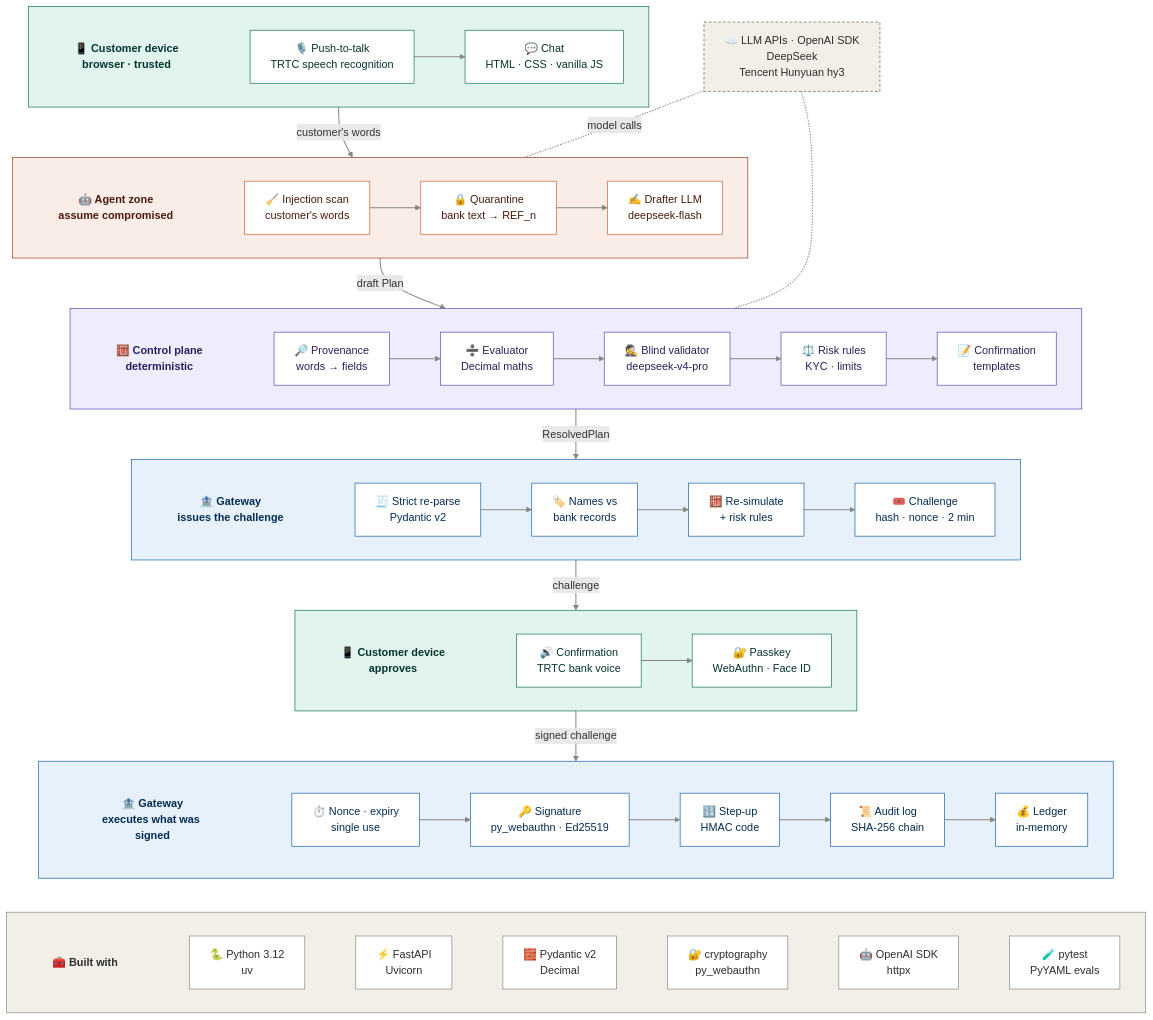
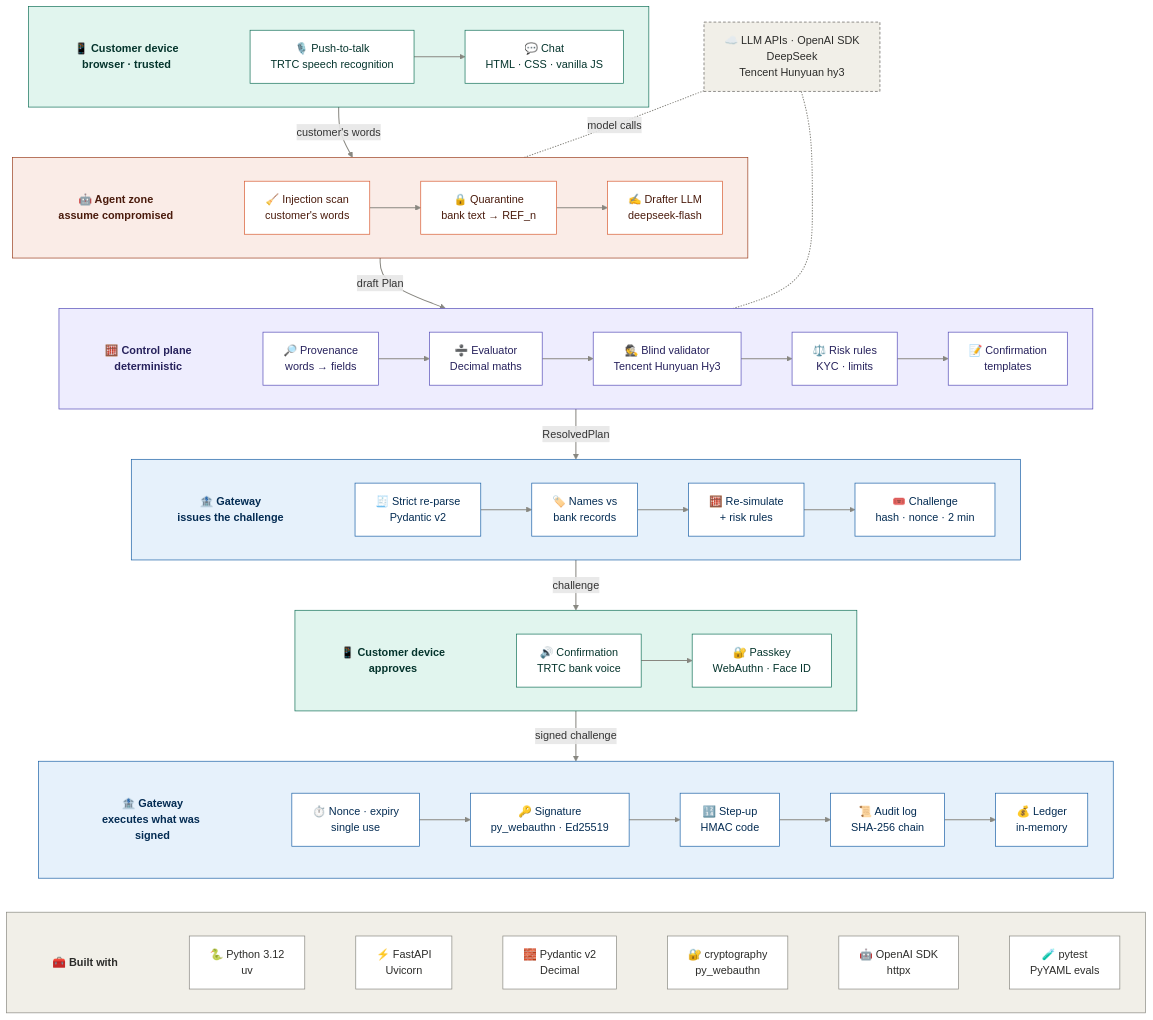
One commit to Luo-Z-Y/glass-vault changed the first of 2 diagrams in docs/ARCHITECTURE.md. Above: the diagram before and after it, drawn with Mermaid. The commit also changed other lines of this file and 14 other files, not shown here.

First line of the commit message:
Submission package: Hunyuan-validator results, cover image, description

````diff
--- a/docs/ARCHITECTURE.md
+++ b/docs/ARCHITECTURE.md
@@ -5,80 +5,80 @@
 ```mermaid
 flowchart TB
     subgraph ask[" "]
         direction LR
         h_ask["📱 Customer device<br/>browser · trusted"] ~~~ mic["🎙️ Push-to-talk<br/>TRTC speech recognition"] --> chat["💬 Chat<br/>HTML · CSS · vanilla JS"]
     end
 
     llm["☁️ LLM APIs · OpenAI SDK<br/>DeepSeek<br/>Tencent Hunyuan hy3"]
 
     subgraph agent[" "]
         direction LR
         h_agent["🤖 Agent zone<br/>assume compromised"] ~~~ scan["🧹 Injection scan<br/>customer's words"] --> quarantine["🔒 Quarantine<br/>bank text → REF_n"] --> drafter["✍️ Drafter LLM<br/>deepseek-flash"]
     end
 
     subgraph control[" "]
         direction LR
-        h_control["🧮 Control plane<br/>deterministic"] ~~~ prov["🔎 Provenance<br/>words → fields"] --> evaluator["➗ Evaluator<br/>Decimal maths"] --> validator["🕵️ Blind validator<br/>deepseek-v4-pro"] --> policy["⚖️ Risk rules<br/>KYC · limits"] --> render["📝 Confirmation<br/>templates"]
+        h_control["🧮 Control plane<br/>deterministic"] ~~~ prov["🔎 Provenance<br/>words → fields"] --> evaluator["➗ Evaluator<br/>Decimal maths"] --> validator["🕵️ Blind validator<br/>Tencent Hunyuan Hy3"] --> policy["⚖️ Risk rules<br/>KYC · limits"] --> render["📝 Confirmation<br/>templates"]
     end
 
     subgraph issue[" "]
         direction LR
         h_issue["🏦 Gateway<br/>issues the challenge"] ~~~ reparse["🧾 Strict re-parse<br/>Pydantic v2"] --> labels["🏷️ Names vs<br/>bank records"] --> simulate["🧮 Re-simulate<br/>+ risk rules"] --> challenge["🎟️ Challenge<br/>hash · nonce · 2 min"]
     end
 
     subgraph approve[" "]
         direction LR
         h_approve["📱 Customer device<br/>approves"] ~~~ screen["🔊 Confirmation<br/>TRTC bank voice"] --> passkey["🔐 Passkey<br/>WebAuthn · Face ID"]
     end
 
     subgraph execute[" "]
         direction LR
         h_execute["🏦 Gateway<br/>executes what was signed"] ~~~ once["⏱️ Nonce · expiry<br/>single use"] --> verify["🔑 Signature<br/>py_webauthn · Ed25519"] --> stepup["🔢 Step-up<br/>HMAC code"] --> audit["📜 Audit log<br/>SHA-256 chain"] --> ledger["💰 Ledger<br/>in-memory"]
     end
 
     subgraph stack[" "]
         direction LR
         h_stack["🧰 Built with"] ~~~ py["🐍 Python 3.12<br/>uv"] ~~~ api["⚡ FastAPI<br/>Uvicorn"] ~~~ pyd["🧱 Pydantic v2<br/>Decimal"] ~~~ sec["🔐 cryptography<br/>py_webauthn"] ~~~ sdk["🤖 OpenAI SDK<br/>httpx"] ~~~ qa["🧪 pytest<br/>PyYAML evals"]
     end
 
     ask -->|"customer's words"| agent
     llm -.-|"model calls"| agent
     llm -.- control
     agent -->|"draft Plan"| control
     control -->|"ResolvedPlan"| issue
     issue -->|"challenge"| approve
     approve -->|"signed challenge"| execute
     execute ~~~ stack
 
     classDef device fill:#FFFFFF,stroke:#0F6E56,color:#04342C
     classDef agentN fill:#FFFFFF,stroke:#D85A30,color:#4A1B0C
     classDef controlN fill:#FFFFFF,stroke:#534AB7,color:#26215C
     classDef gatewayN fill:#FFFFFF,stroke:#185FA5,color:#042C53
     classDef stackN fill:#FFFFFF,stroke:#888780,color:#2C2C2A
     classDef external fill:#F1EFE8,stroke:#5F5E5A,color:#2C2C2A,stroke-dasharray:4 3
     classDef hDevice fill:none,stroke:none,color:#04342C,font-weight:bold
     classDef hAgent fill:none,stroke:none,color:#4A1B0C,font-weight:bold
     classDef hControl fill:none,stroke:none,color:#26215C,font-weight:bold
     classDef hGateway fill:none,stroke:none,color:#042C53,font-weight:bold
     classDef hStack fill:none,stroke:none,color:#2C2C2A,font-weight:bold
     class mic,chat,screen,passkey device
     class scan,quarantine,drafter agentN
     class prov,evaluator,validator,policy,render controlN
     class reparse,labels,simulate,challenge,once,verify,stepup,audit,ledger gatewayN
     class py,api,pyd,sec,sdk,qa stackN
     class llm external
     class h_ask,h_approve hDevice
     class h_agent hAgent
     class h_control hControl
     class h_issue,h_execute hGateway
     class h_stack hStack
     style ask fill:#E1F5EE,stroke:#0F6E56
     style approve fill:#E1F5EE,stroke:#0F6E56
     style agent fill:#FAECE7,stroke:#993C1D
     style control fill:#EEEDFE,stroke:#534AB7
     style issue fill:#E6F1FB,stroke:#185FA5
     style execute fill:#E6F1FB,stroke:#185FA5
     style stack fill:#F1EFE8,stroke:#888780
     %% Real arrows only: the ~~~ links just line up the row headers and must stay invisible.
     linkStyle 1,3,4,6,7,8,9,11,12,13,15,17,18,19,20,27,28,29,30,31,32,33 stroke:#888780,stroke-width:1.5px
 ```
````
